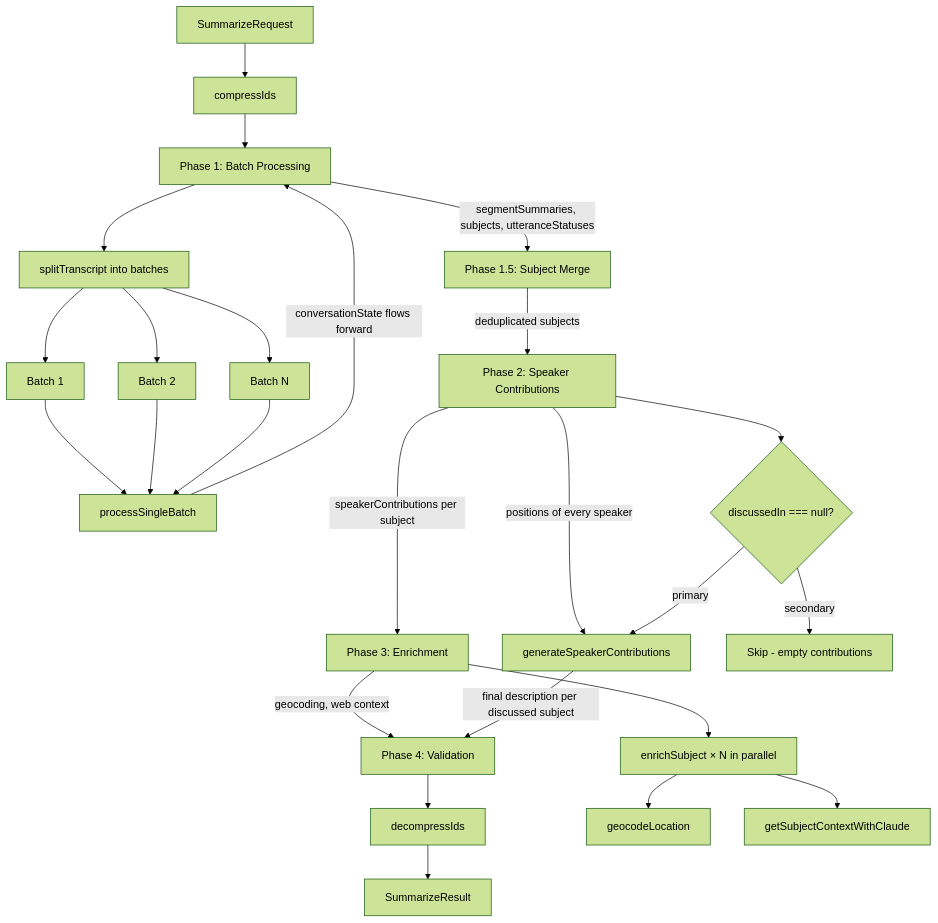
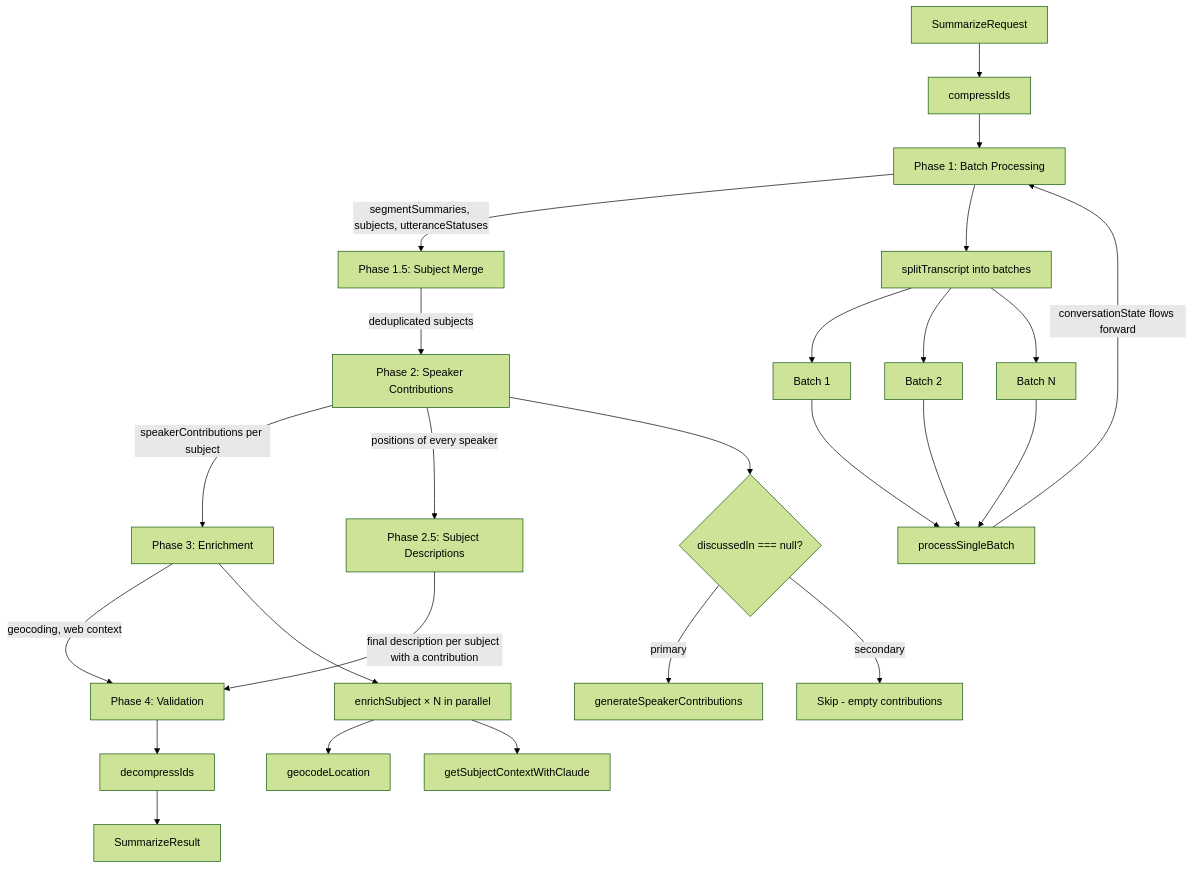
The diagram in docs/summarize.md (schemalabz/opencouncil-tasks), drawn with Mermaid (forest theme) before and after one commit. The commit also changed other lines of this file and 2 other files, not shown here.

Commit message:
fix(summarize): report a cancel that lands during the description step
The step keeps the Phase 1 text when a call fails, and a cancelled call
fails like any other. With the enrichment already done, nothing after the
step reported progress, so the task returned a result and the cancel was
reported as a success. The task now checks for a cancel after the step.

The docs and comments also said the step runs for every discussed subject.
It runs for a subject with at least one speaker contribution. The flow
diagram used one node id for two steps.

````diff
--- a/docs/summarize.md
+++ b/docs/summarize.md
@@ -11,30 +11,30 @@
 ```mermaid
 flowchart TD
   A[SummarizeRequest] --> B[compressIds]
   B --> C[Phase 1: Batch Processing]
   C --> |segmentSummaries, subjects, utteranceStatuses| M[Phase 1.5: Subject Merge]
   M --> |deduplicated subjects| D[Phase 2: Speaker Contributions]
   D --> |speakerContributions per subject| E[Phase 3: Enrichment]
-  D --> |positions of every speaker| D2[Phase 2.5: Subject Descriptions]
+  D --> |positions of every speaker| P[Phase 2.5: Subject Descriptions]
   E --> |geocoding, web context| F[Phase 4: Validation]
-  D2 --> |final description per discussed subject| F
+  P --> |final description per subject with a contribution| F
   F --> G[decompressIds]
   G --> H[SummarizeResult]
 
   C --> C1[splitTranscript into batches]
   C1 --> C2[Batch 1]
   C1 --> C3[Batch 2]
   C1 --> C4[Batch N]
   C2 --> C5[processSingleBatch]
   C3 --> C5
   C4 --> C5
   C5 --> |conversationState flows forward| C
 
   D --> D1{discussedIn === null?}
   D1 -- primary --> D2[generateSpeakerContributions]
   D1 -- secondary --> D3[Skip - empty contributions]
 
   E --> E1[enrichSubject × N in parallel]
   E1 --> E2[geocodeLocation]
   E1 --> E3[getSubjectContextWithClaude]
 ```
````
